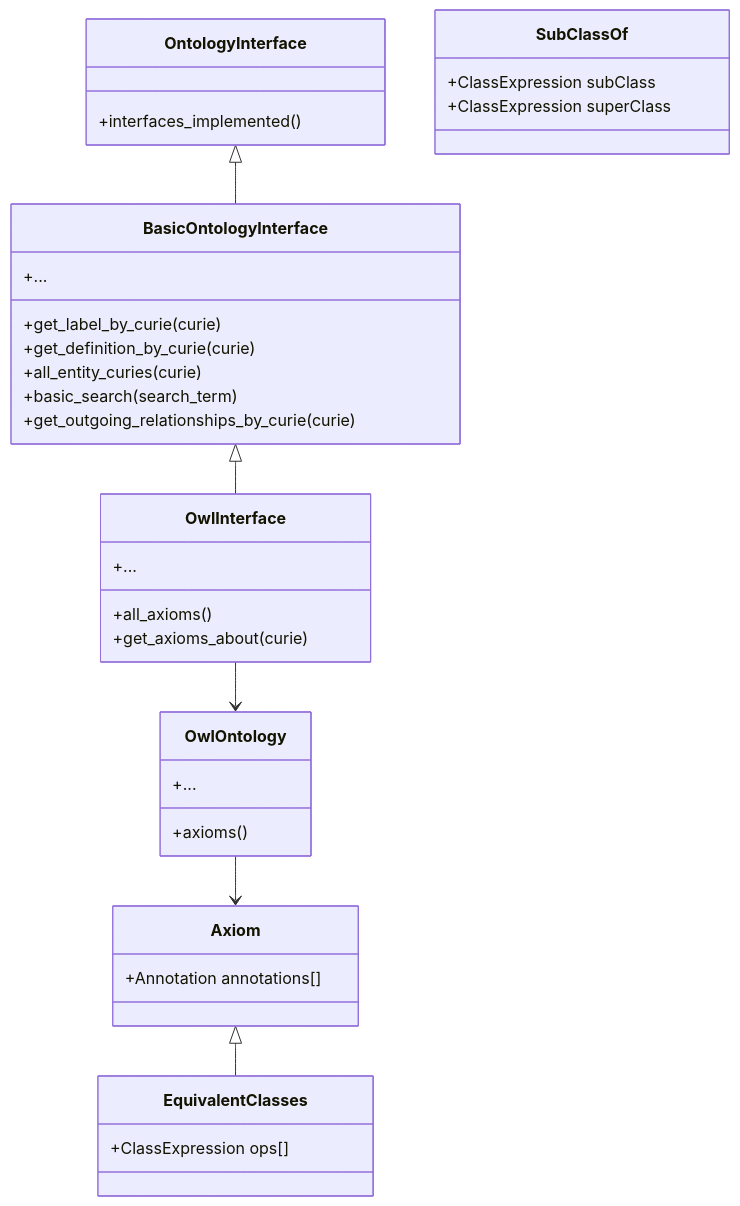
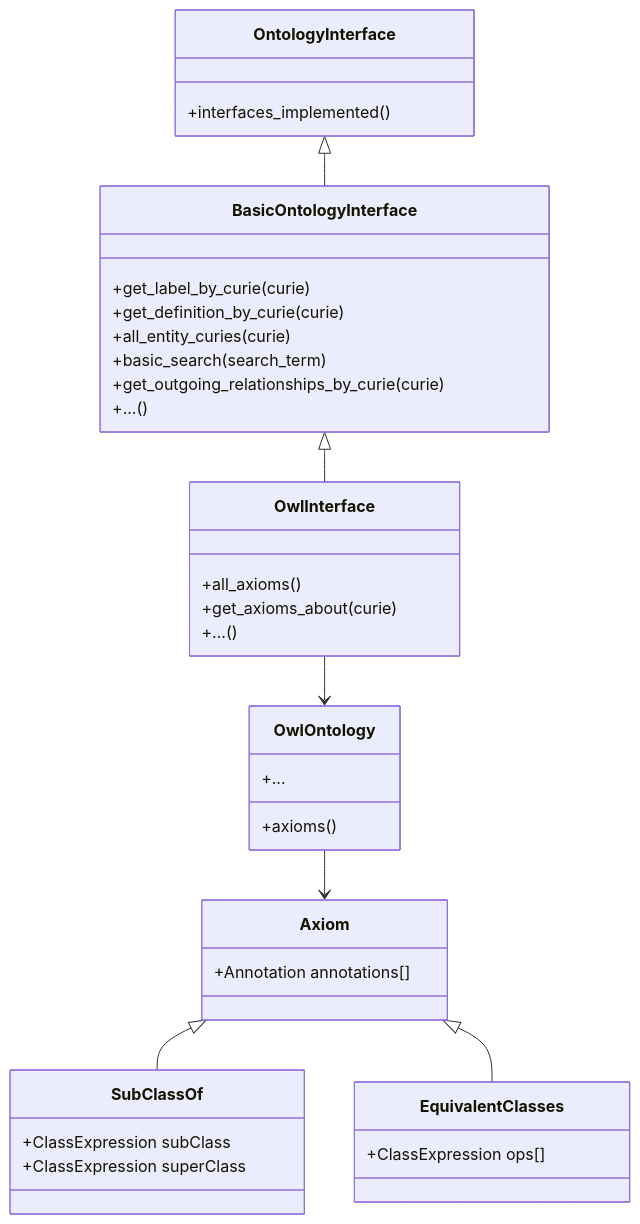
The third of 3 diagrams in docs/architecture.rst (INCATools/ontology-access-kit), drawn with Mermaid before and after one commit. The commit also changed other lines of this file and 188 other files, not shown here.

```diff
--- a/docs/architecture.rst
+++ b/docs/architecture.rst
@@ -107,38 +129,39 @@
 .. mermaid::
 
   classDiagram
       class OntologyInterface {
           +interfaces_implemented()
       }
       class BasicOntologyInterface {
           +get_label_by_curie(curie)
           +get_definition_by_curie(curie)
           +all_entity_curies(curie)
           +basic_search(search_term)
           +get_outgoing_relationships_by_curie(curie)
-          +...
+          +...()
       }
       OntologyInterface <|-- BasicOntologyInterface
       class OwlInterface {
           +all_axioms()
           +get_axioms_about(curie)
-          +...
+          +...()
       }
       BasicOntologyInterface <|-- OwlInterface
       OwlInterface --> OwlOntology
       class OwlOntology {
           +axioms()
           +...
       }
       class Axiom {
           +Annotation annotations[]
       }
       OwlOntology --> Axiom
       class SubClassOf {
           +ClassExpression subClass
           +ClassExpression superClass
       }
+      Axiom <|-- SubClassOf
       class EquivalentClasses {
           +ClassExpression ops[]
       }
       Axiom <|-- EquivalentClasses
```
